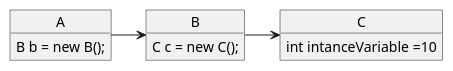
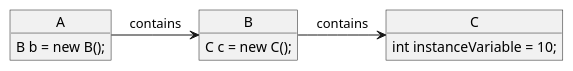
The diagram in example.iuml (u-verma/serialization), drawn with PlantUML before and after one commit. The commit also changed 1 other file, not shown here.

```diff
--- a/example.iuml
+++ b/example.iuml
@@ -1,17 +1,13 @@
 @startuml
-
-object A {
+Object A {
   B b = new B();
 }
-
-object B{
+Object B{
  C c = new C();
 }
-
-object C{
- int intanceVariable =10
+Object C{
+ int instanceVariable = 10;
 }
-
-A -> B
-B -> C
+A -> B : contains
+B -> C : contains
 @enduml
```
